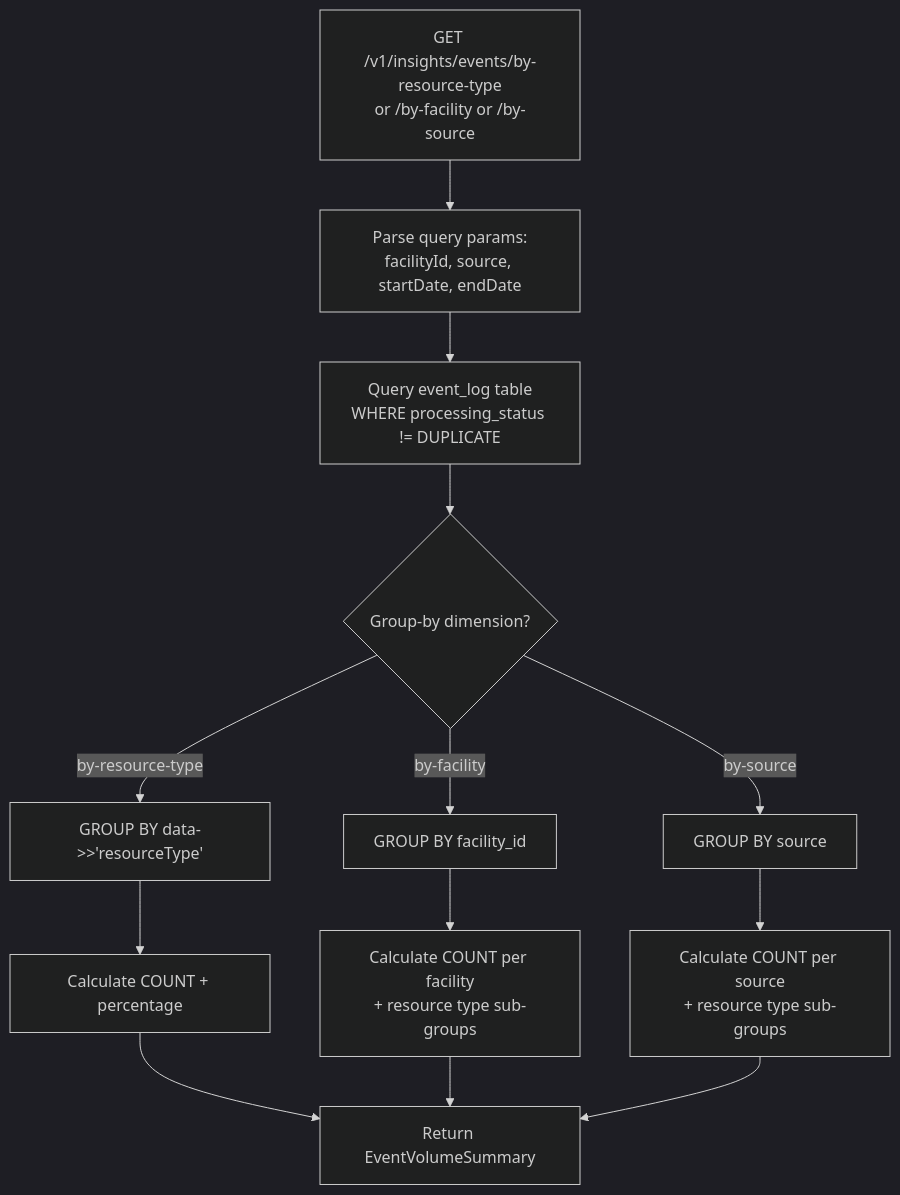
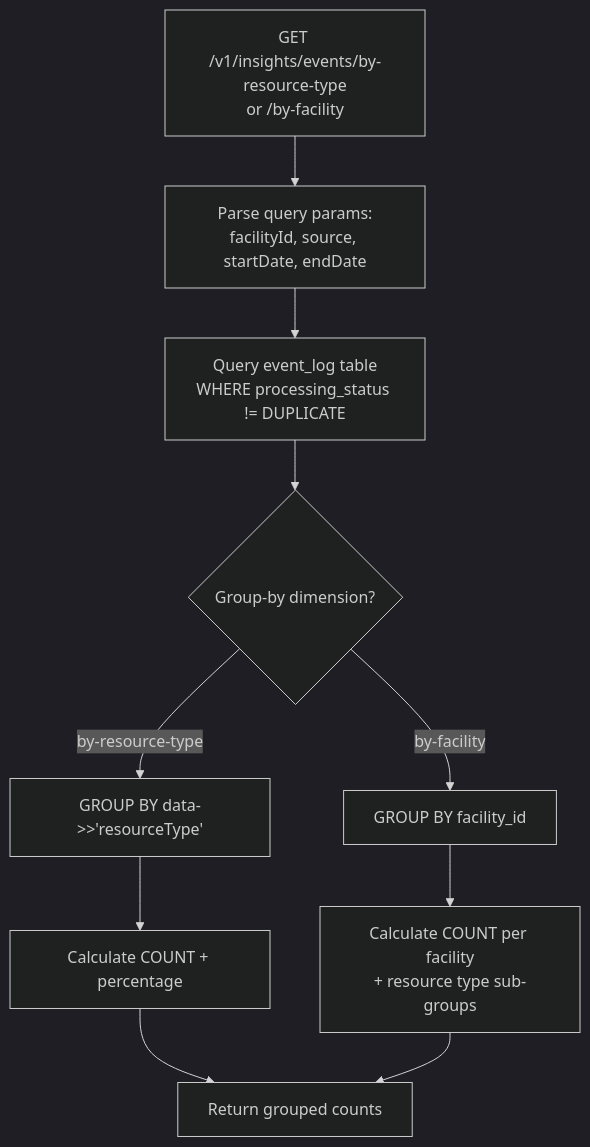
Before and after one commit to AjishaVayoli-Tarento/cce-insights-service: the seventh of 29 diagrams in docs/flow-diagrams.md, drawn with Mermaid (dark theme). The commit also changed other lines of this file and 107 other files, not shown here.

````diff
--- a/docs/flow-diagrams.md
+++ b/docs/flow-diagrams.md
@@ -145,18 +145,15 @@
 ```mermaid
 flowchart TD
-    A[GET /v1/insights/events/by-resource-type<br/>or /by-facility or /by-source] --> B[Parse query params:<br/>facilityId, source, startDate, endDate]
+    A[GET /v1/insights/events/by-resource-type<br/>or /by-facility] --> B[Parse query params:<br/>facilityId, source, startDate, endDate]
     B --> C[Query event_log table<br/>WHERE processing_status != DUPLICATE]
 
     C --> D{Group-by dimension?}
     D -- by-resource-type --> E["GROUP BY data->>'resourceType'"]
     D -- by-facility --> F[GROUP BY facility_id]
-    D -- by-source --> G[GROUP BY source]
 
-    E --> H[Calculate COUNT + percentage]
-    F --> I[Calculate COUNT per facility<br/>+ resource type sub-groups]
-    G --> J[Calculate COUNT per source<br/>+ resource type sub-groups]
+    E --> G[Calculate COUNT + percentage]
+    F --> H[Calculate COUNT per facility<br/>+ resource type sub-groups]
 
-    H --> K[Return EventVolumeSummary]
-    I --> K
-    J --> K
+    G --> I[Return grouped counts]
+    H --> I
 ```
````
